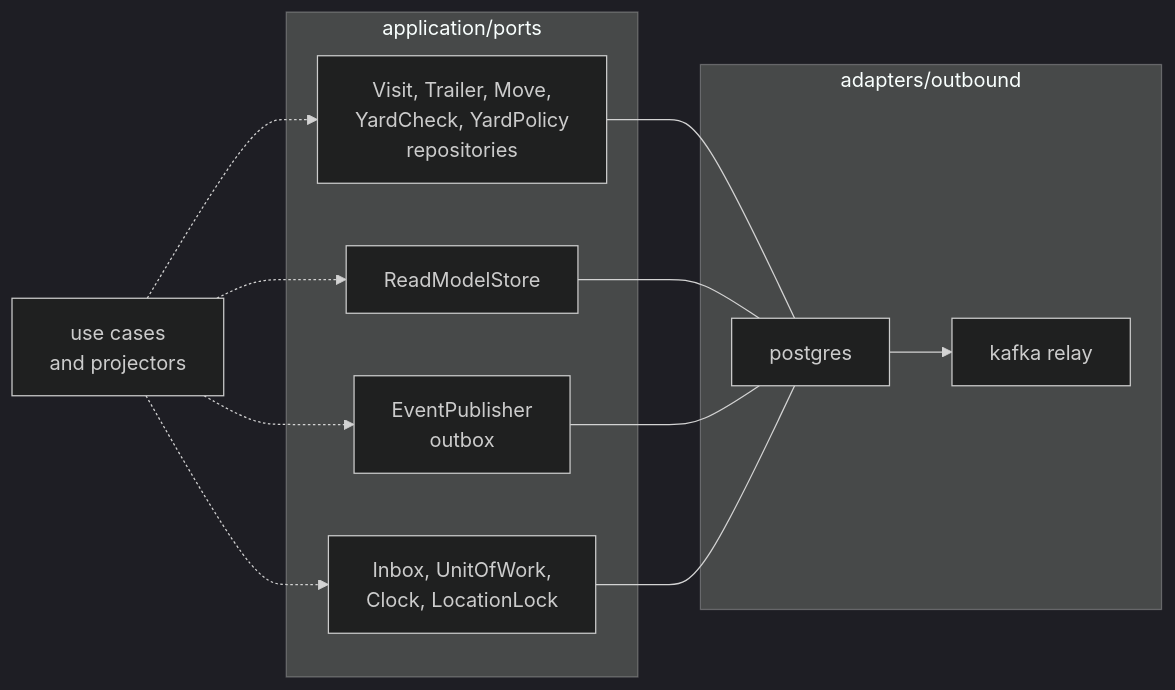
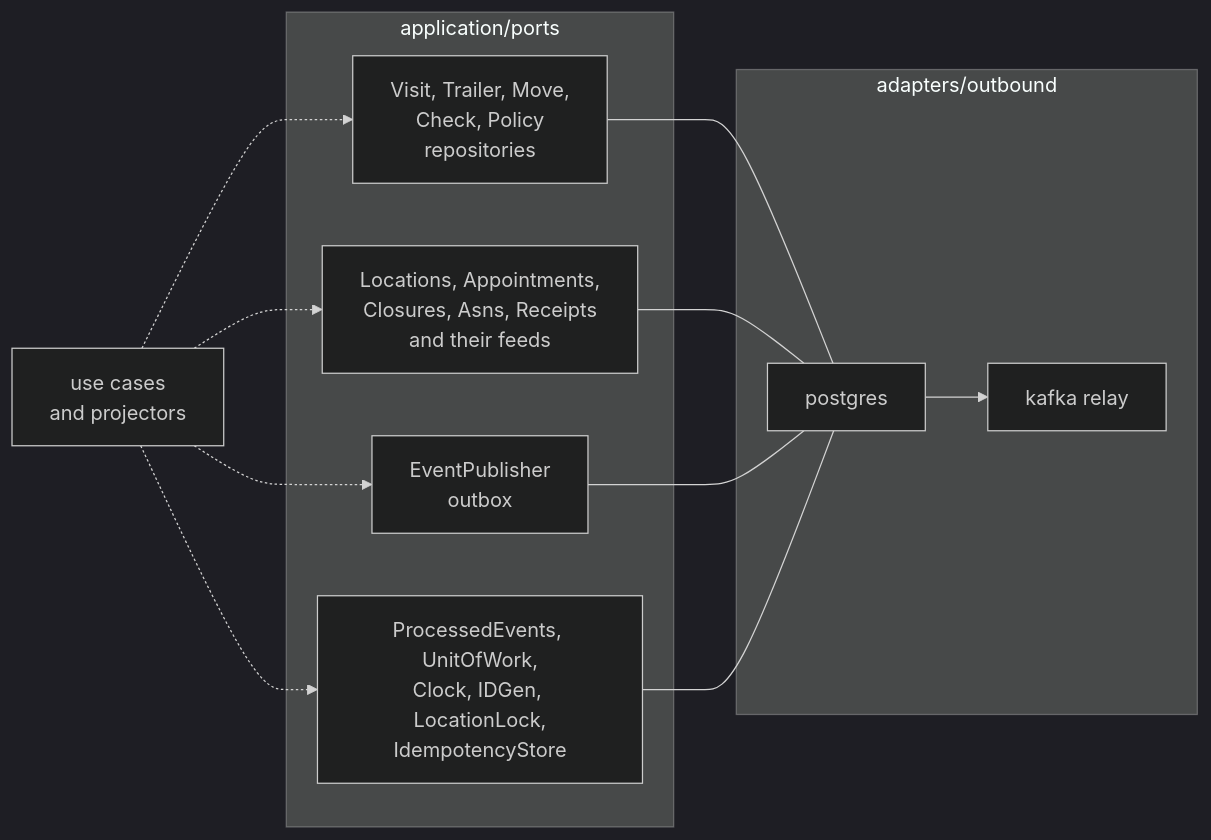
One commit to IQVO/warehouse-docs changed the eighth of 8 diagrams in yard/docs/contexts/yard-management/class-diagram.md. Above: the diagram before and after it, drawn with Mermaid (dark theme). The commit also changed other lines of this file and 51 other files, not shown here.

````diff
--- a/yard/docs/contexts/yard-management/class-diagram.md
+++ b/yard/docs/contexts/yard-management/class-diagram.md
@@ -519,23 +522,23 @@
 ```mermaid
 flowchart LR
     APP["use cases<br/>and projectors"]
     subgraph PORTS["application/ports"]
-        P1["Visit, Trailer, Move,<br/>YardCheck, YardPolicy<br/>repositories"]
-        P2["ReadModelStore"]
+        P1["Visit, Trailer, Move,<br/>Check, Policy<br/>repositories"]
+        P2["Locations, Appointments,<br/>Closures, Asns, Receipts<br/>and their feeds"]
         P3["EventPublisher<br/>outbox"]
-        P4["Inbox, UnitOfWork,<br/>Clock, LocationLock"]
+        P4["ProcessedEvents, UnitOfWork,<br/>Clock, IDGen, LocationLock,<br/>IdempotencyStore"]
     end
     subgraph OUT["adapters/outbound"]
         PG["postgres"]
         KP["kafka relay"]
     end
     APP -.-> P1
     APP -.-> P2
     APP -.-> P3
     APP -.-> P4
     P1 --- PG
     P2 --- PG
     P3 --- PG
     P4 --- PG
     PG --> KP
 ```
````
